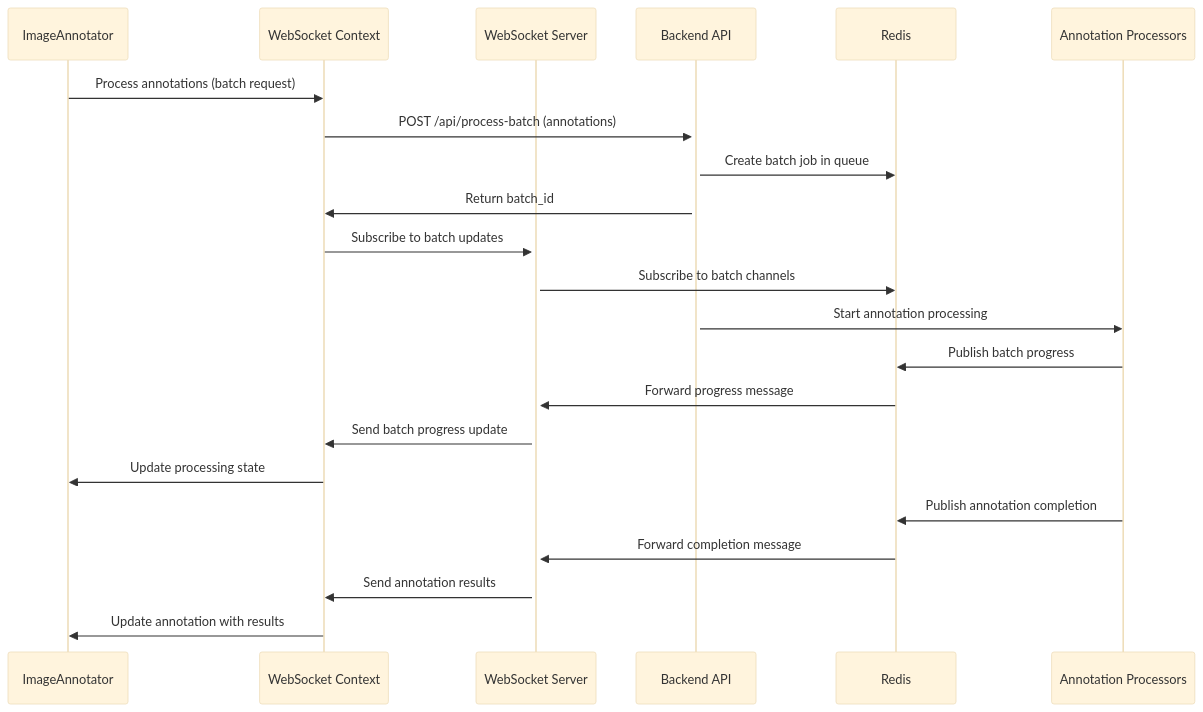
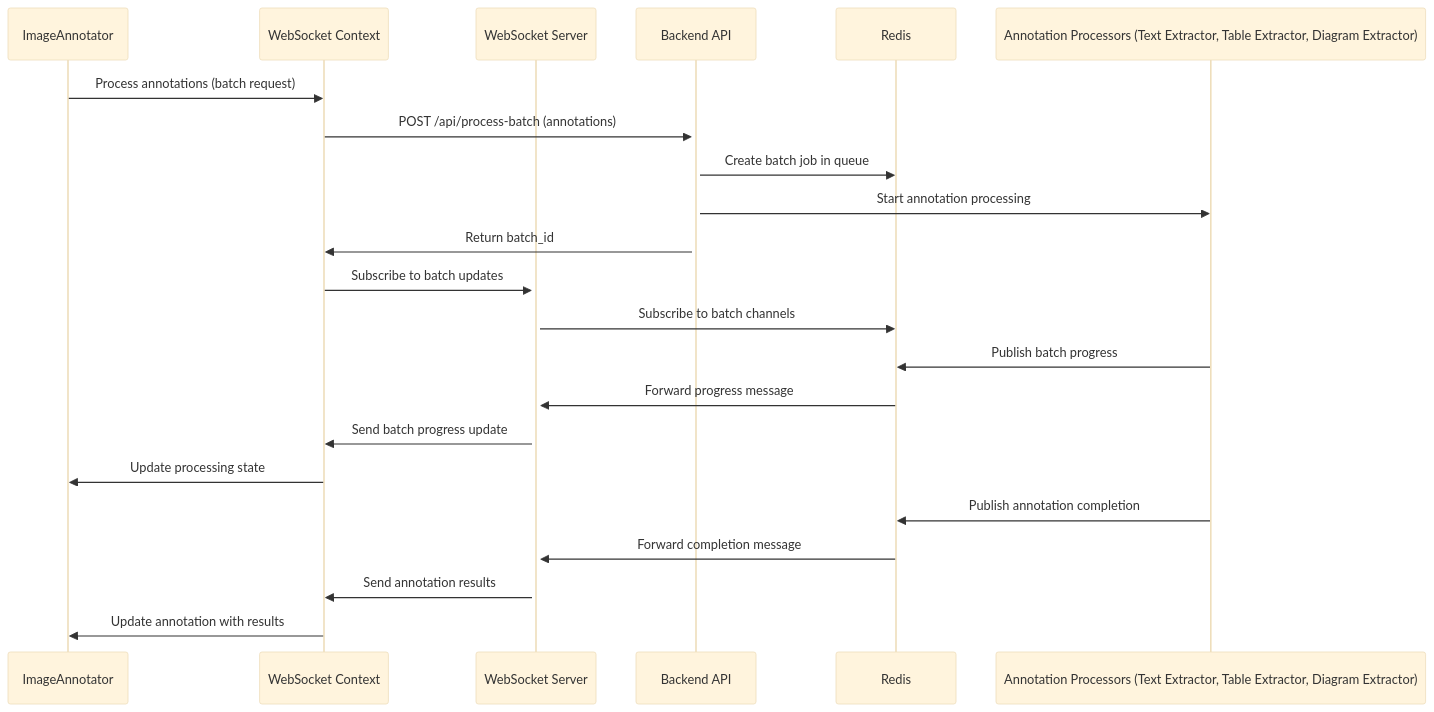
One commit to coffeeinc-in/adeos-fe-docs changed the diagram in content/sprint-02/websocket.mdx. Above: the diagram before and after it, drawn with Mermaid (base theme).

Commit message:
docs: clarify annotation processing flow in sequence diagram

````diff
--- a/content/sprint-02/websocket.mdx
+++ b/content/sprint-02/websocket.mdx
@@ -133,28 +133,29 @@
 ```mermaid
 sequenceDiagram
     participant IC as ImageAnnotator
     participant WS as WebSocket Context
     participant W as WebSocket Server
     participant B as Backend API
     participant R as Redis
-    participant AP as Annotation Processors
+    participant AP as Annotation Processors (Text Extractor, Table Extractor, Diagram Extractor)
 
     IC->>WS: Process annotations (batch request)
     WS->>+B: POST /api/process-batch (annotations)
     B->>R: Create batch job in queue
+    B->>AP: Start annotation processing
     B->>WS: Return batch_id
     
     WS->>+W: Subscribe to batch updates
     W->>R: Subscribe to batch channels
     
-    B->>AP: Start annotation processing
+
     AP->>R: Publish batch progress
     R->>W: Forward progress message
     W->>WS: Send batch progress update
     WS->>IC: Update processing state
     
     AP->>R: Publish annotation completion
     R->>W: Forward completion message
     W->>WS: Send annotation results
     WS->>IC: Update annotation with results
 ```
````
